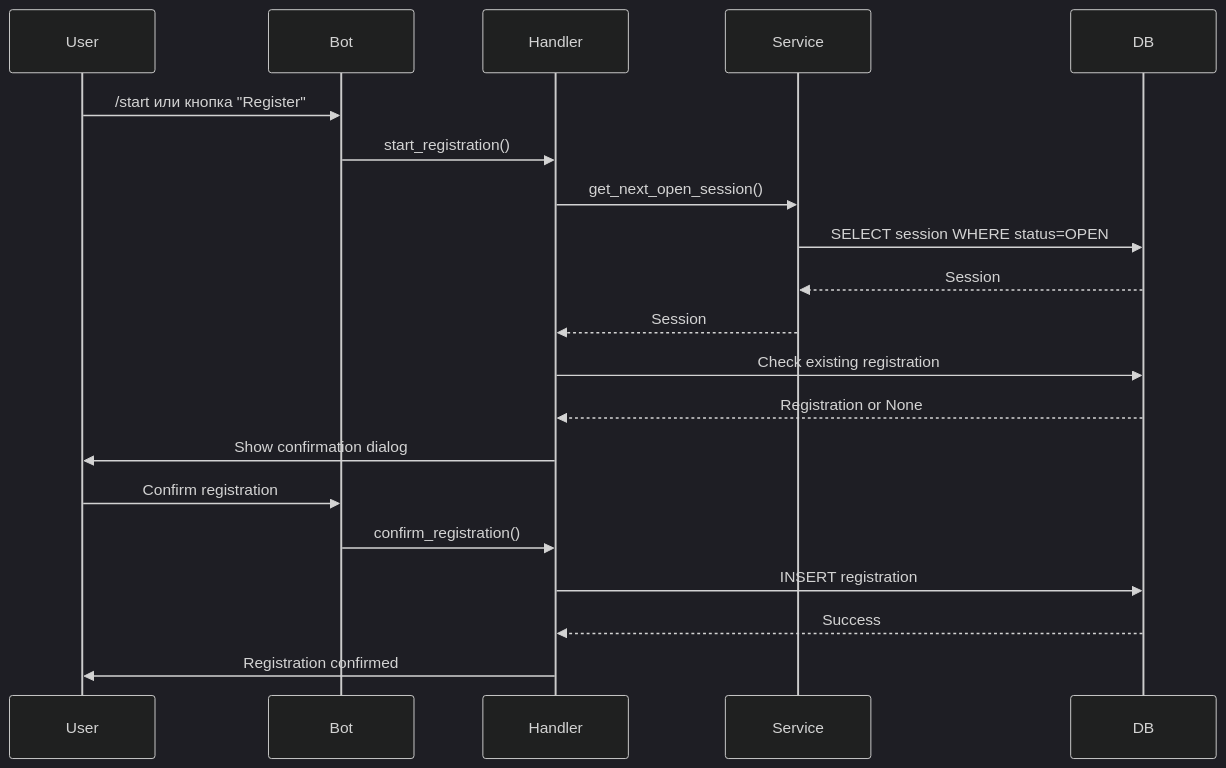
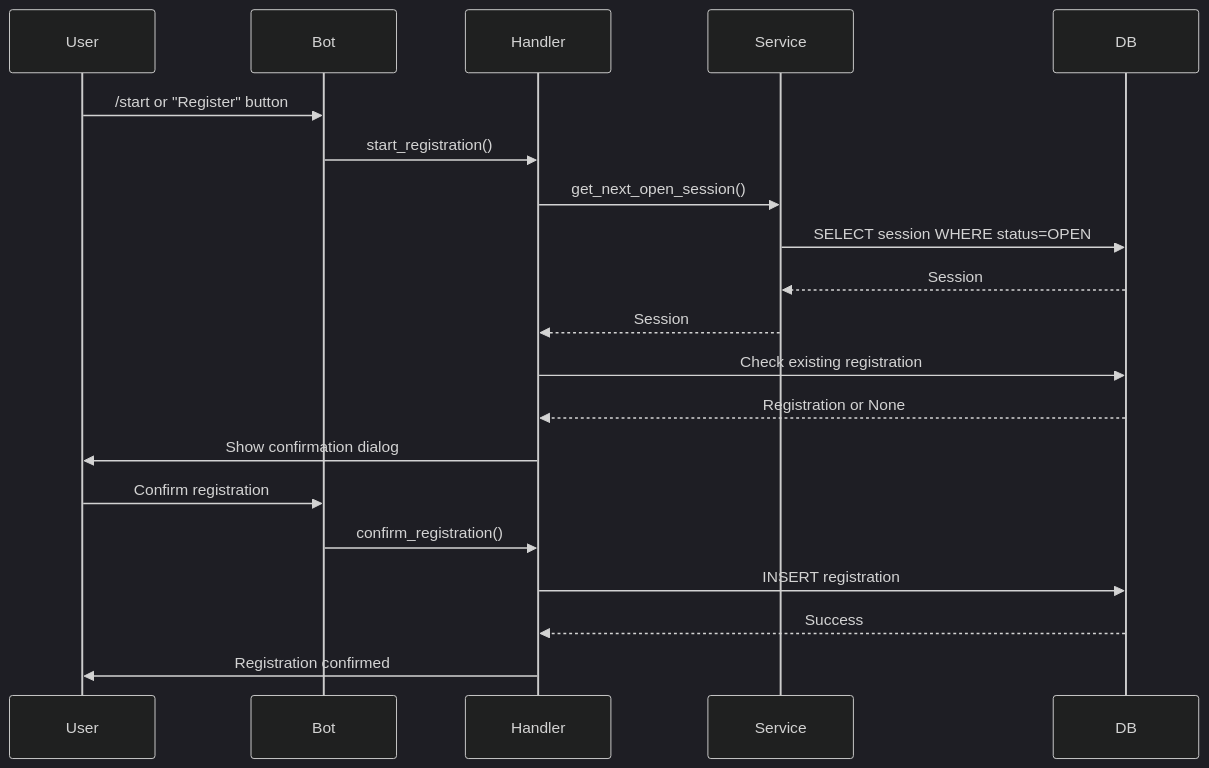
One commit to FrostWillmott/RandomCoffeeBot changed the first of 4 diagrams in ARCHITECTURE.md. Above: the diagram before and after it, drawn with Mermaid (dark theme). The commit also changed other lines of this file and 3 other files, not shown here.

````diff
--- a/ARCHITECTURE.md
+++ b/ARCHITECTURE.md
@@ -11,23 +11,23 @@
 ```mermaid
 sequenceDiagram
     participant User
     participant Bot
     participant Handler
     participant Service
     participant DB
 
-    User->>Bot: /start или кнопка "Register"
+    User->>Bot: /start or "Register" button
     Bot->>Handler: start_registration()
     Handler->>Service: get_next_open_session()
     Service->>DB: SELECT session WHERE status=OPEN
     DB-->>Service: Session
     Service-->>Handler: Session
     Handler->>DB: Check existing registration
     DB-->>Handler: Registration or None
     Handler->>User: Show confirmation dialog
     User->>Bot: Confirm registration
     Bot->>Handler: confirm_registration()
     Handler->>DB: INSERT registration
     DB-->>Handler: Success
     Handler->>User: Registration confirmed
 ```
````
